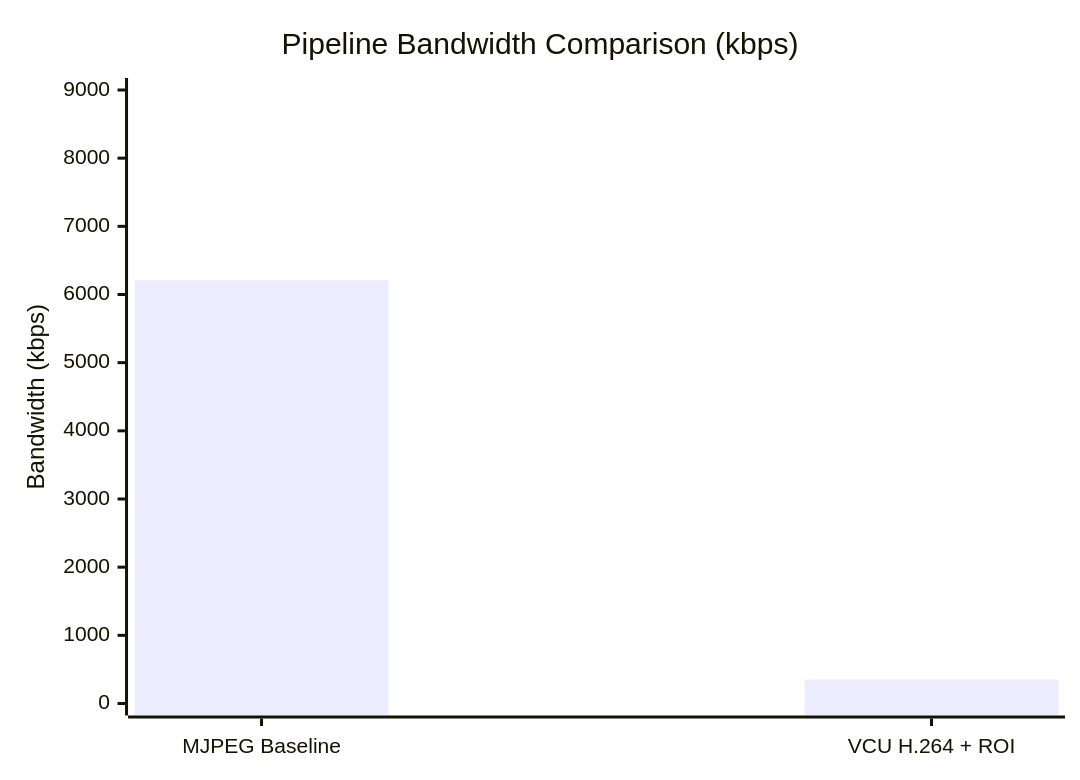
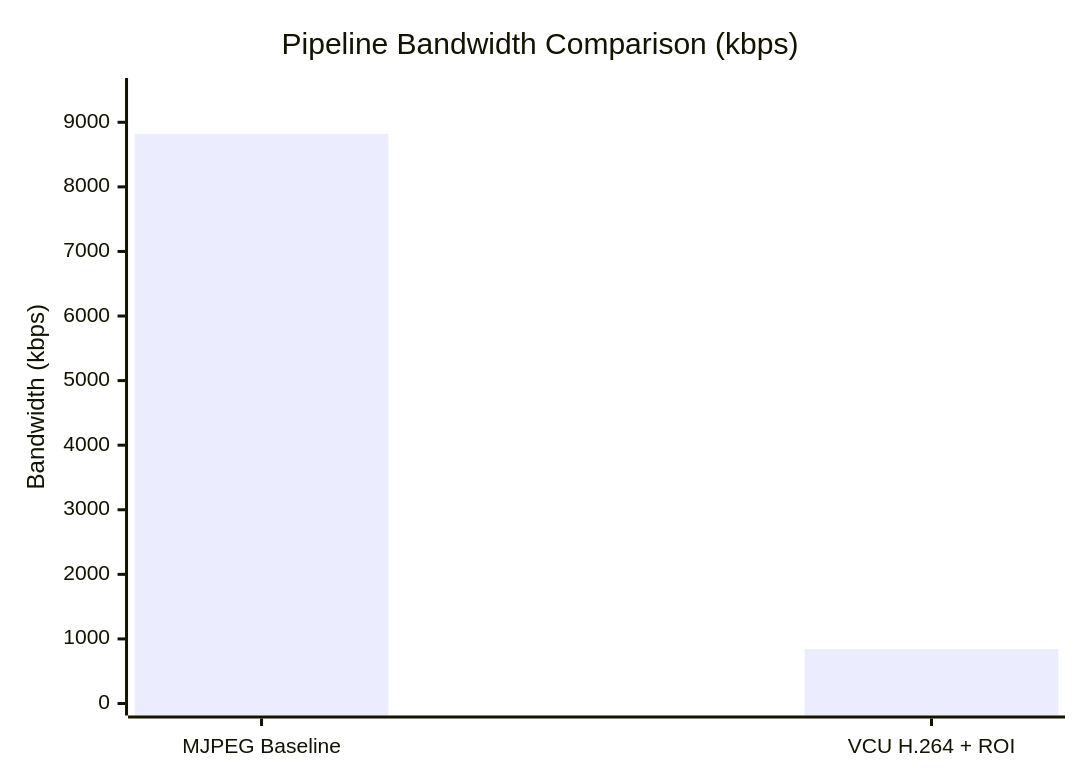
The diagram in docs/08_benchmark_results.md (HeetYadav/zcu104-adaptive-video-pipeline), drawn with Mermaid before and after one commit. The commit also changed other lines of this file and 4 other files, not shown here.

````diff
--- a/docs/08_benchmark_results.md
+++ b/docs/08_benchmark_results.md
@@ -96,7 +93,7 @@
 ```mermaid
 xychart-beta
     title "Pipeline Bandwidth Comparison (kbps)"
     x-axis ["MJPEG Baseline", "VCU H.264 + ROI"]
-    y-axis "Bandwidth (kbps)" 0 --> 9000
-    bar [6210, 350]
+    y-axis "Bandwidth (kbps)" 0 --> 9500
+    bar [8821.1, 841.4]
 ```
````
